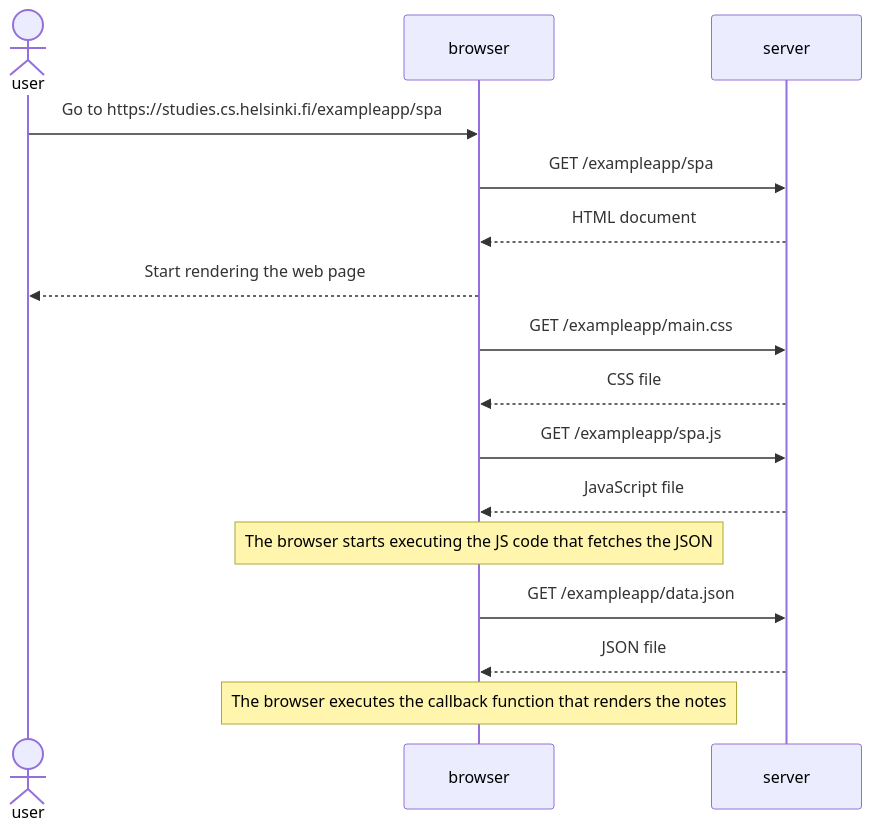
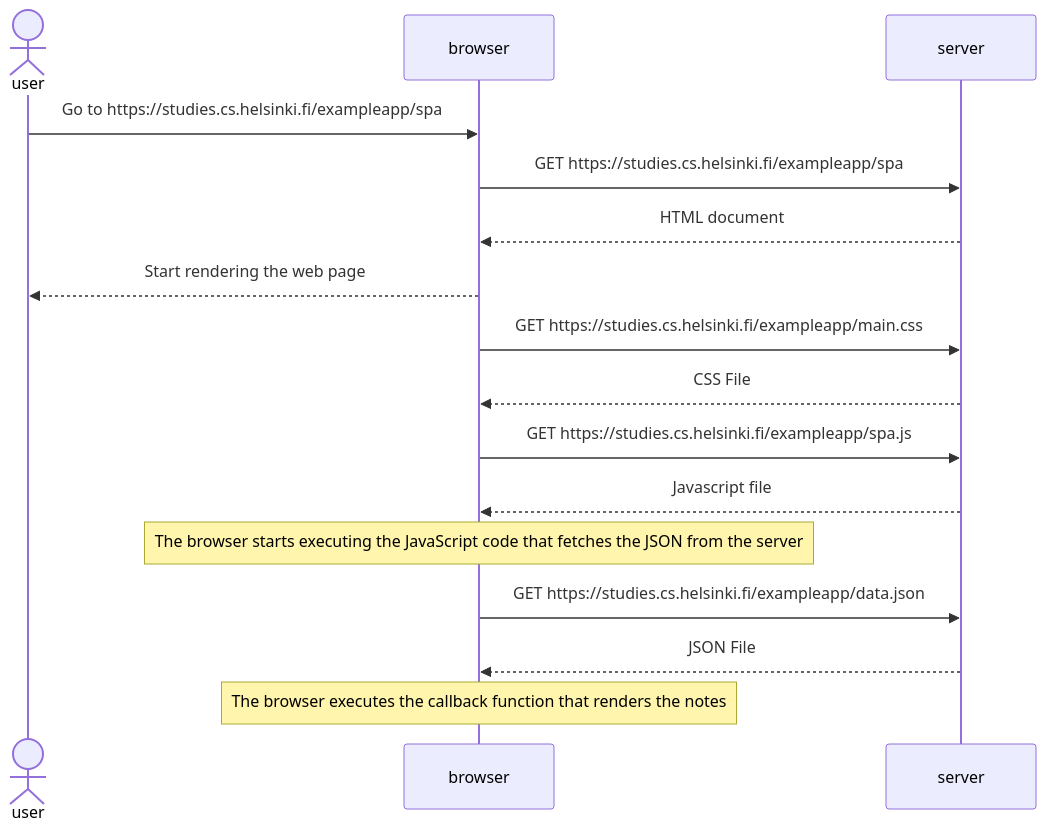
One commit to Wilky2/FullStackOpen changed the diagram in part0/SinglePageAppDiagram/mermaid.md. Above: the diagram before and after it, drawn with Mermaid. The commit also changed 2 other files, not shown here.

Commit message:
Some correction to exercise 0.5 and 0.6

````diff
--- a/part0/SinglePageAppDiagram/mermaid.md
+++ b/part0/SinglePageAppDiagram/mermaid.md
@@ -1,19 +1,23 @@
 ```mermaid
 sequenceDiagram
     actor user
     participant browser
     participant server
 
     user ->> browser: Go to https://studies.cs.helsinki.fi/exampleapp/spa
-    browser ->> server: GET /exampleapp/spa
+
+    browser ->> server: GET https://studies.cs.helsinki.fi/exampleapp/spa
     server -->> browser: HTML document
     browser -->> user: Start rendering the web page
-    browser ->> server: GET /exampleapp/main.css
-    server -->> browser: CSS file
-    browser ->> server: GET /exampleapp/spa.js
-    server -->> browser: JavaScript file
-    Note over browser: The browser starts executing the JS code that fetches the JSON
-    browser ->> server: GET /exampleapp/data.json
-    server -->> browser: JSON file
+
+    browser ->> server: GET https://studies.cs.helsinki.fi/exampleapp/main.css
+    server -->> browser: CSS File
+
+    browser ->> server: GET https://studies.cs.helsinki.fi/exampleapp/spa.js
+    server -->> browser: Javascript file
+    Note over browser: The browser starts executing the JavaScript code that fetches the JSON from the server
+
+    browser ->> server: GET https://studies.cs.helsinki.fi/exampleapp/data.json
+    server -->> browser: JSON File
     Note over browser: The browser executes the callback function that renders the notes
 ```
````
